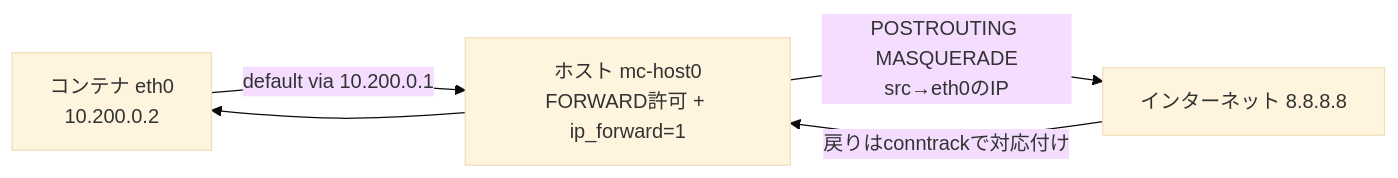
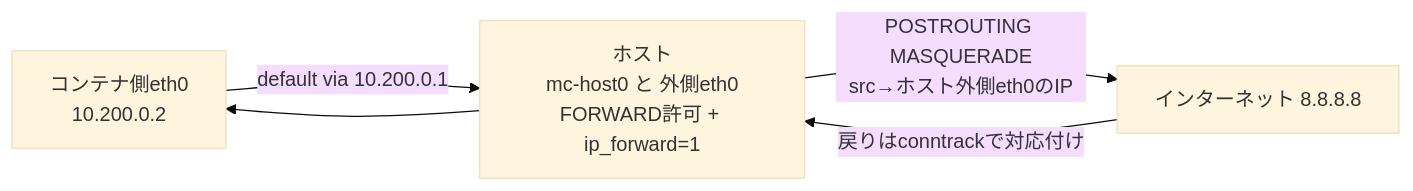
The diagram in book/04-mini-container/14-iptables.md (ultra-supara/mini-container-book), drawn with Mermaid (base theme) before and after one commit.

Commit message:
docs: disambiguate eth0 in the NAT diagram (14-iptables)
The MASQUERADE diagram reused 'eth0' for both the container interface and the
host outbound interface. Label the container node 'コンテナ側eth0', show the host
node carries both mc-host0 and the outer eth0, and rewrite the MASQUERADE edge
to 'src→ホスト外側eth0のIP' so readers don't misread the source-NAT target as the
container's IP.

Addresses code-review finding on PR #3.

````diff
--- a/book/04-mini-container/14-iptables.md
+++ b/book/04-mini-container/14-iptables.md
@@ -60,7 +60,7 @@
 ```mermaid
 flowchart LR
-    C["コンテナ eth0<br/>10.200.0.2"] -->|"default via 10.200.0.1"| H["ホスト mc-host0<br/>FORWARD許可 + ip_forward=1"]
-    H -->|"POSTROUTING MASQUERADE<br/>src→eth0のIP"| NET["インターネット 8.8.8.8"]
+    C["コンテナ側eth0<br/>10.200.0.2"] -->|"default via 10.200.0.1"| H["ホスト<br/>mc-host0 と 外側eth0<br/>FORWARD許可 + ip_forward=1"]
+    H -->|"POSTROUTING MASQUERADE<br/>src→ホスト外側eth0のIP"| NET["インターネット 8.8.8.8"]
     NET -->|"戻りはconntrackで対応付け"| H
     H --> C
 ```
````
